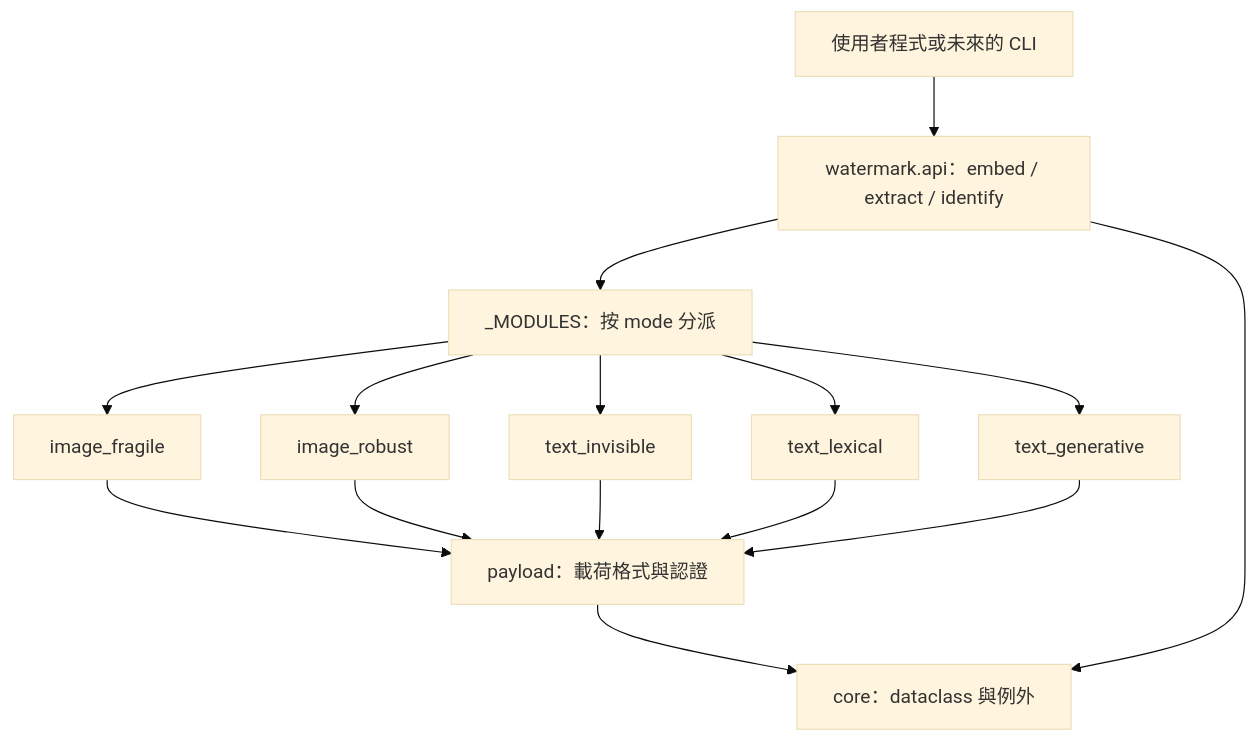
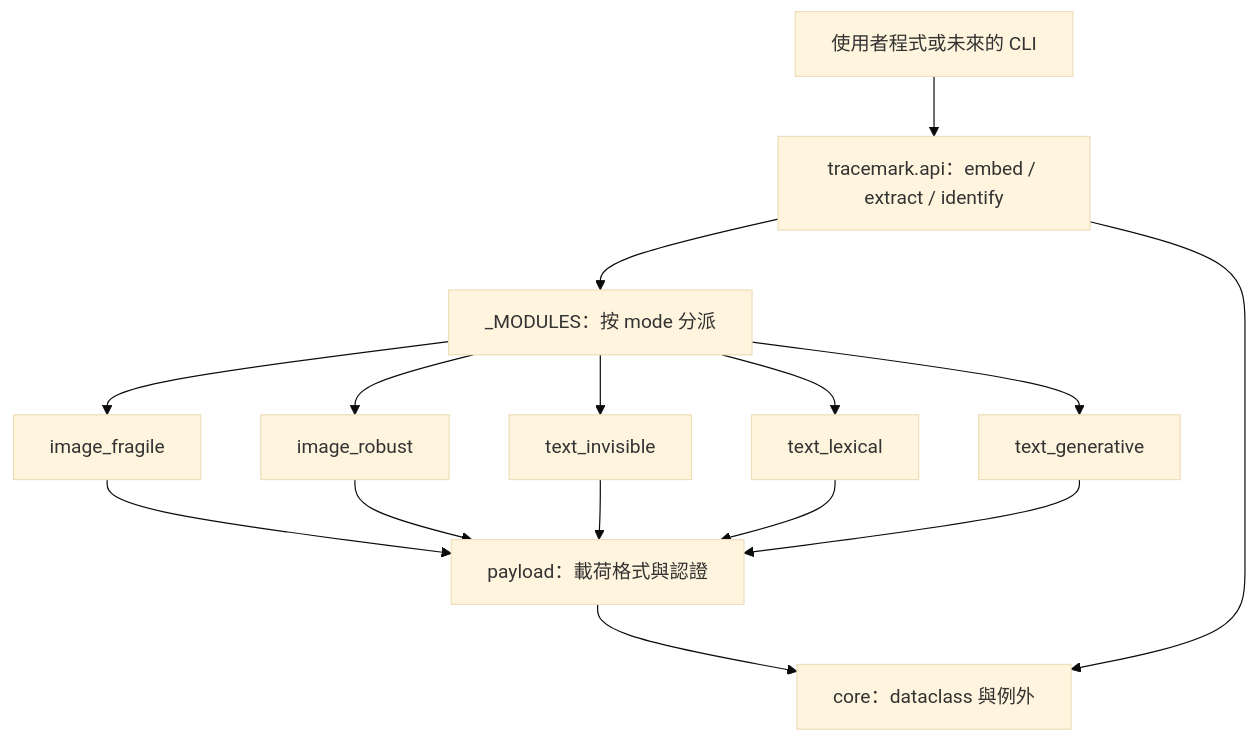
The first of 2 diagrams in docs/02-architecture-and-api.md (barebone-lab/tracemark), drawn with Mermaid (base theme) before and after one commit. The commit also changed other lines of this file and 27 other files, not shown here.

````diff
--- a/docs/02-architecture-and-api.md
+++ b/docs/02-architecture-and-api.md
@@ -15,17 +15,17 @@
 ```mermaid
 flowchart TB
-    U[使用者程式或未來的 CLI] --> API[watermark.api：embed / extract / identify]
+    U[使用者程式或未來的 CLI] --> API[tracemark.api：embed / extract / identify]
     API --> DISPATCH[_MODULES：按 mode 分派]
     DISPATCH --> F[image_fragile]
     DISPATCH --> R[image_robust]
     DISPATCH --> Z[text_invisible]
     DISPATCH --> L[text_lexical]
     DISPATCH --> G[text_generative]
     F --> P[payload：載荷格式與認證]
     R --> P
     Z --> P
     L --> P
     G --> P
     P --> C[core：dataclass 與例外]
     API --> C
 ```
````
